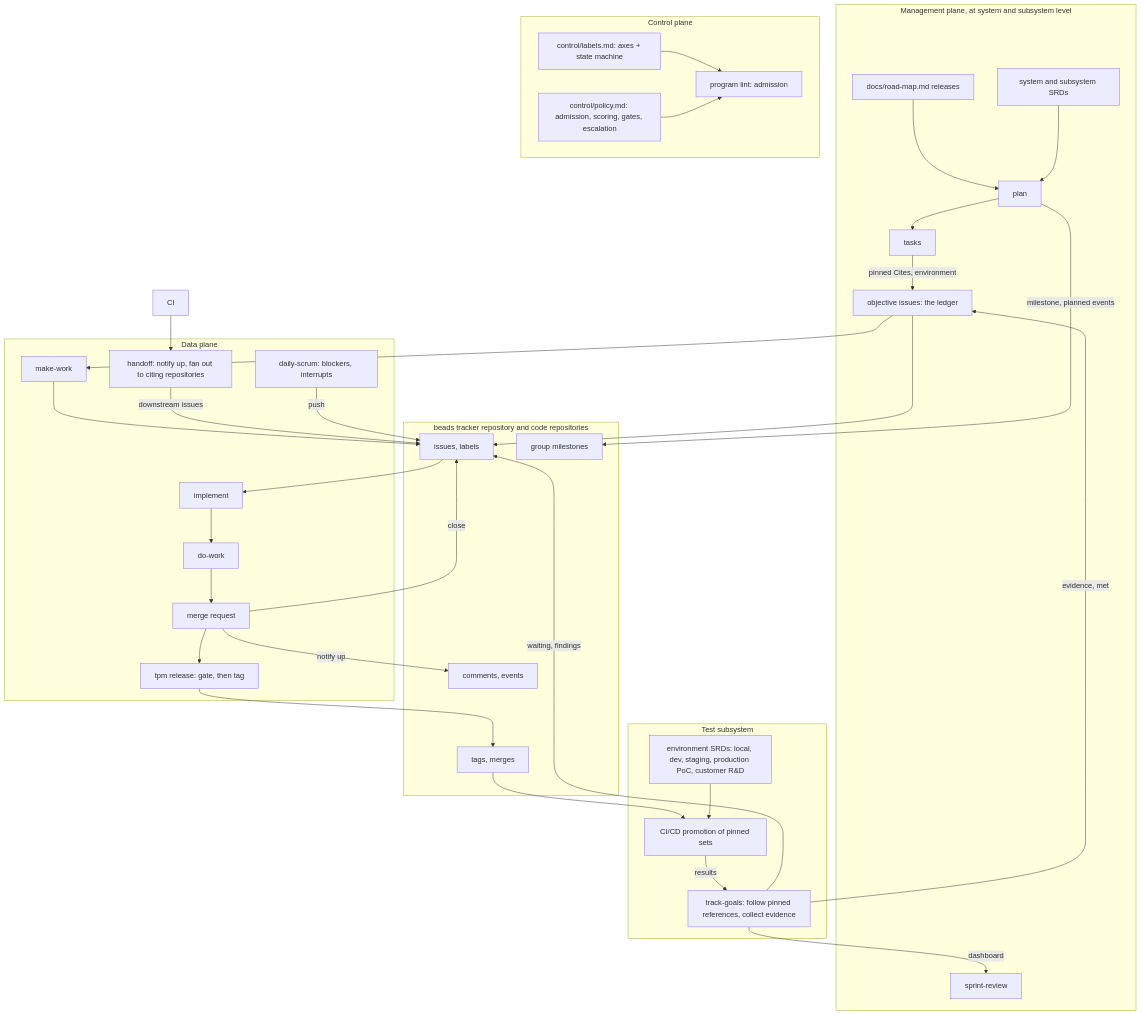
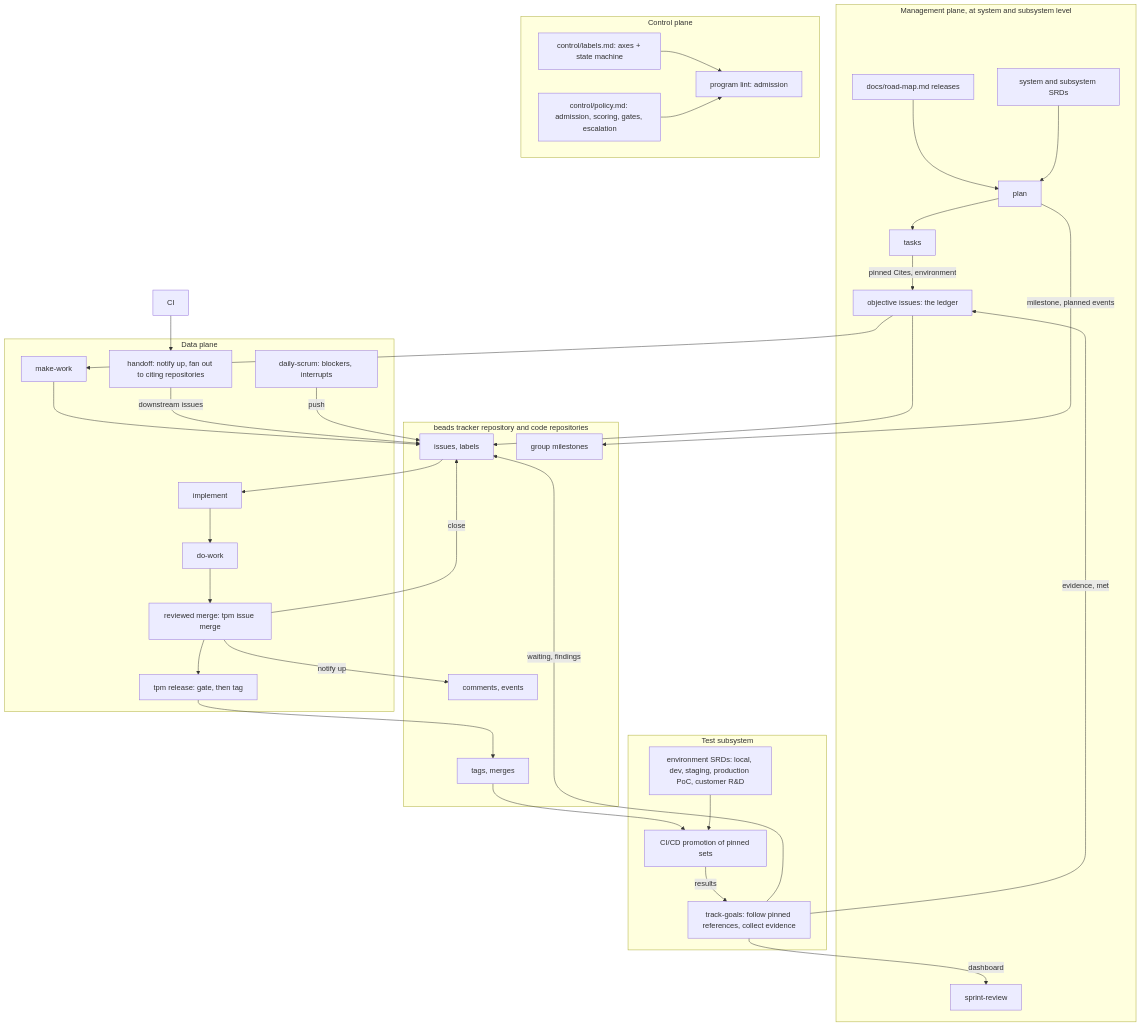
One commit to gray-lake-labs/declarative-agents changed the diagram in docs/ARCHITECTURE.md. Above: the diagram before and after it, drawn with Mermaid. The commit also changed other lines of this file and 34 other files, not shown here.

````diff
--- a/docs/ARCHITECTURE.md
+++ b/docs/ARCHITECTURE.md
@@ -75,63 +75,63 @@
 ```mermaid
 flowchart TB
   subgraph MGMT[Management plane, at system and subsystem level]
     ROADMAP[docs/road-map.md releases]
     SRDS[system and subsystem SRDs]
     PLAN[plan]
     GOALS[tasks]
     OBJ[objective issues: the ledger]
     REVIEW[sprint-review]
   end
 
   subgraph CTRL[Control plane]
     LABELS[control/labels.md: axes + state machine]
     POLICY[control/policy.md: admission, scoring, gates, escalation]
     LINT[program lint: admission]
   end
 
   subgraph DATA[Data plane]
     MAKE[make-work]
     POP[implement]
     WORK[do-work]
-    MR[merge request]
+    MR[reviewed merge: tpm issue merge]
     RELEASE[tpm release: gate, then tag]
     HANDOFF[handoff: notify up, fan out to citing repositories]
     TODAY[daily-scrum: blockers, interrupts]
   end
 
   subgraph TEST[Test subsystem]
     ENVS[environment SRDs: local, dev, staging, production PoC, customer R&D]
     PROMOTE[CI/CD promotion of pinned sets]
     TRACK[track-goals: follow pinned references, collect evidence]
   end
 
   subgraph TRACKER[beads tracker repository and code repositories]
     ISSUES[issues, labels]
     MILESTONES[group milestones]
     COMMENTS[comments, events]
     TAGS[tags, merges]
   end
 
   ROADMAP --> PLAN
   SRDS --> PLAN
   PLAN -->|milestone, planned events| MILESTONES
   PLAN --> GOALS
   GOALS -->|pinned Cites, environment| OBJ
   OBJ --> ISSUES
   OBJ --> MAKE --> ISSUES
   LABELS --> LINT
   POLICY --> LINT
   ISSUES --> POP --> WORK --> MR
   MR -->|close| ISSUES
   MR -->|notify up| COMMENTS
   MR --> RELEASE --> TAGS
   CI --> HANDOFF
   HANDOFF -->|downstream issues| ISSUES
   TAGS --> PROMOTE
   ENVS --> PROMOTE
   PROMOTE -->|results| TRACK
   TRACK -->|evidence, met| OBJ
   TRACK -->|waiting, findings| ISSUES
   TRACK -->|dashboard| REVIEW
   TODAY -->|push| ISSUES
 ```
````
